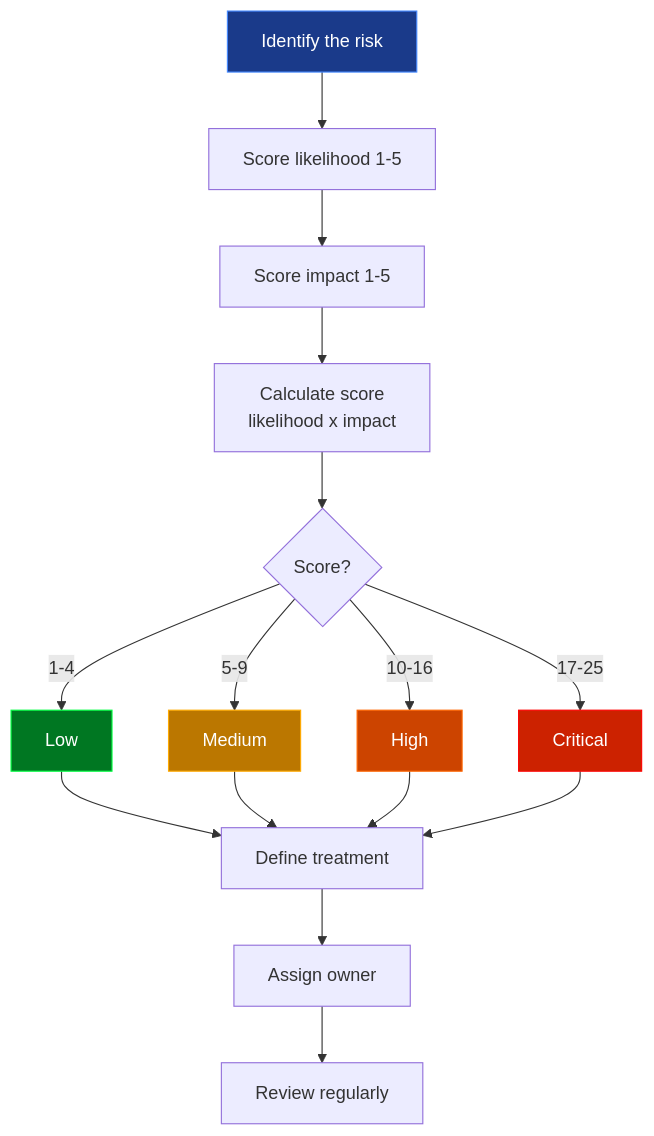
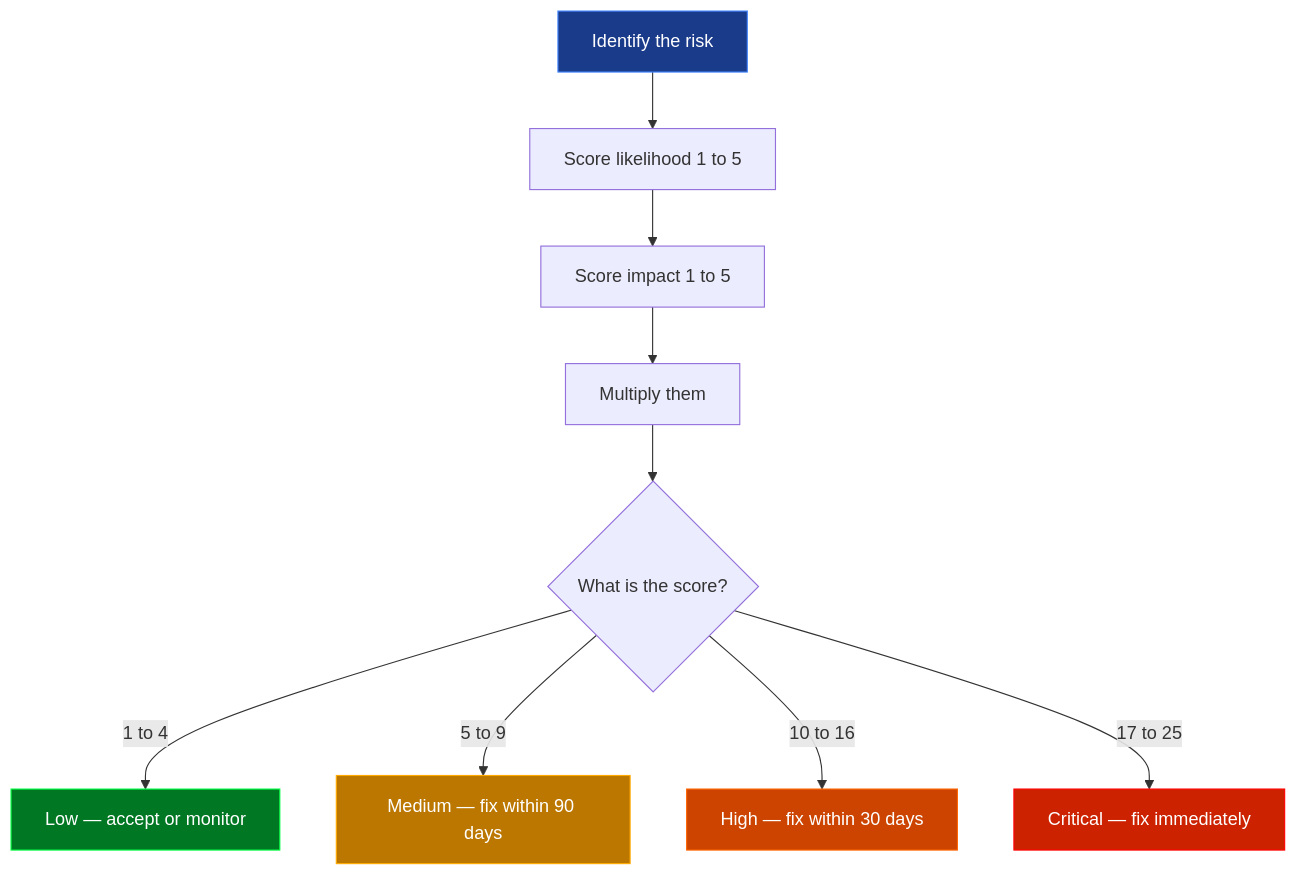
The second of 5 diagrams in README.md (Speed-boo3/grc-project), drawn with Mermaid before and after one commit. The commit also changed other lines of this file, not shown here.

````diff
--- a/README.md
+++ b/README.md
@@ -84,20 +70,17 @@
 ```mermaid
 flowchart TD
-    A[Identify the risk] --> B[Score likelihood 1-5]
-    B --> C[Score impact 1-5]
-    C --> D[Calculate score\nlikelihood x impact]
-    D --> E{Score?}
-    E -->|1-4| F[Low]
-    E -->|5-9| G[Medium]
-    E -->|10-16| H[High]
-    E -->|17-25| I[Critical]
-    F & G & H & I --> J[Define treatment]
-    J --> K[Assign owner]
-    K --> L[Review regularly]
+    A[Identify the risk] --> B[Score likelihood 1 to 5]
+    B --> C[Score impact 1 to 5]
+    C --> D[Multiply them]
+    D --> E{What is the score?}
+    E -->|1 to 4| F[Low — accept or monitor]
+    E -->|5 to 9| G[Medium — fix within 90 days]
+    E -->|10 to 16| H[High — fix within 30 days]
+    E -->|17 to 25| I[Critical — fix immediately]
 
     style F fill:#007722,stroke:#00ff41,color:#ffffff
     style G fill:#bb7700,stroke:#ffaa00,color:#ffffff
     style H fill:#cc4400,stroke:#ff6600,color:#ffffff
     style I fill:#cc2200,stroke:#ff0000,color:#ffffff
     style A fill:#1a3a8a,stroke:#4488ff,color:#ffffff
 ```
````
